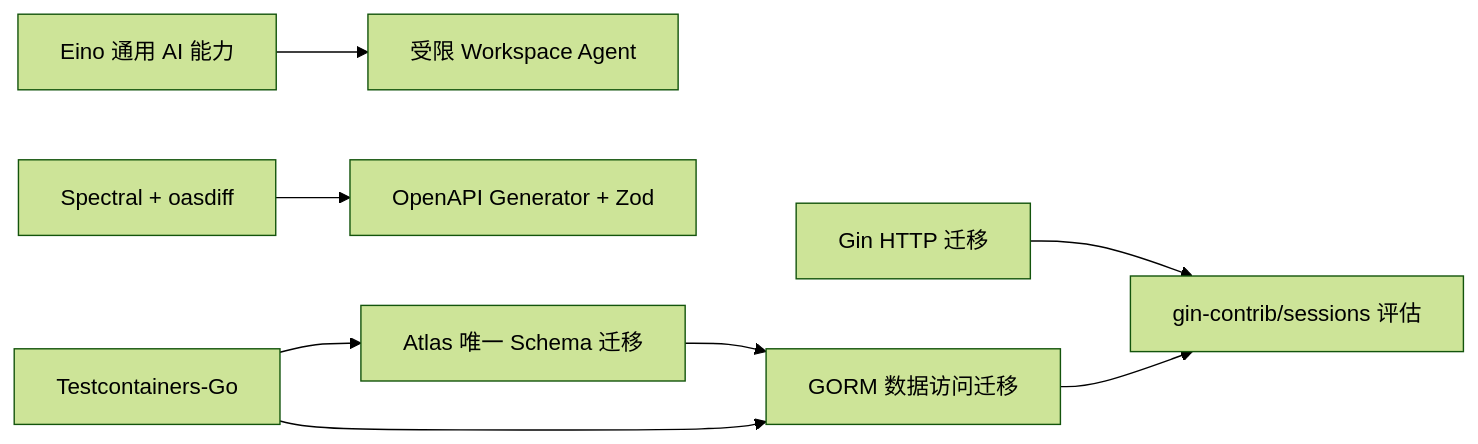
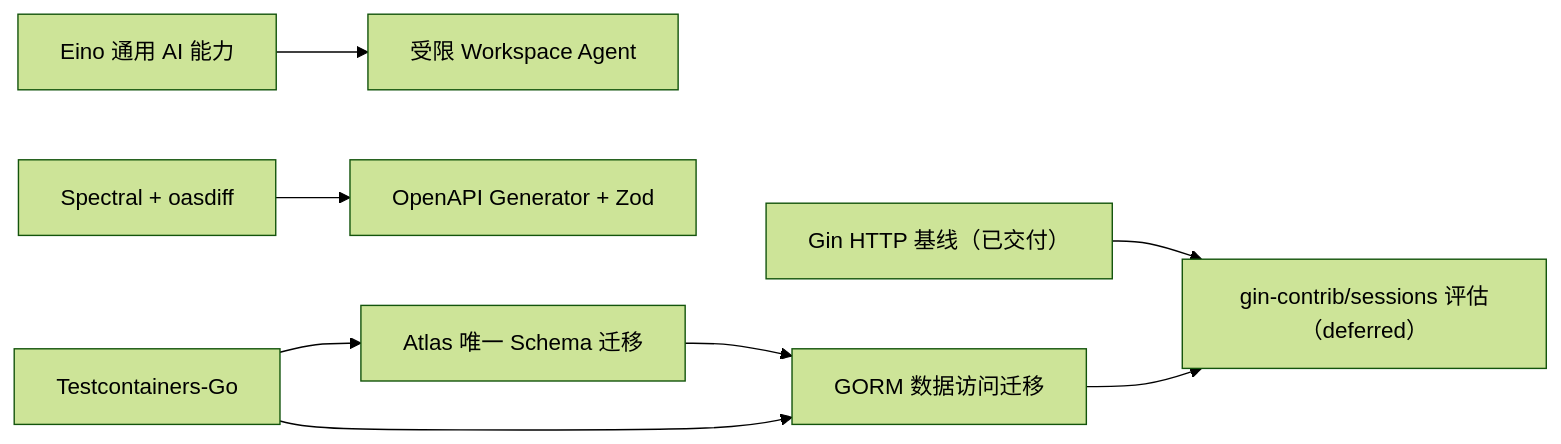
Before and after one commit to CodeZen-Lizhi/zhixu: the diagram in docs/roadmap.md, drawn with Mermaid (forest theme). The commit also changed other lines of this file and 20 other files, not shown here.

````diff
--- a/docs/roadmap.md
+++ b/docs/roadmap.md
@@ -23,10 +23,10 @@
 ```mermaid
 flowchart LR
     Eino["Eino 通用 AI 能力"] --> WorkspaceAgent["受限 Workspace Agent"]
     Spectral["Spectral + oasdiff"] --> GeneratedClient["OpenAPI Generator + Zod"]
     Testcontainers["Testcontainers-Go"] --> Atlas["Atlas 唯一 Schema 迁移"]
     Atlas --> GORM["GORM 数据访问迁移"]
     Testcontainers --> GORM
-    Gin["Gin HTTP 迁移"] --> Sessions["gin-contrib/sessions 评估"]
+    Gin["Gin HTTP 基线（已交付）"] --> Sessions["gin-contrib/sessions 评估（deferred）"]
     GORM --> Sessions
 ```
````
